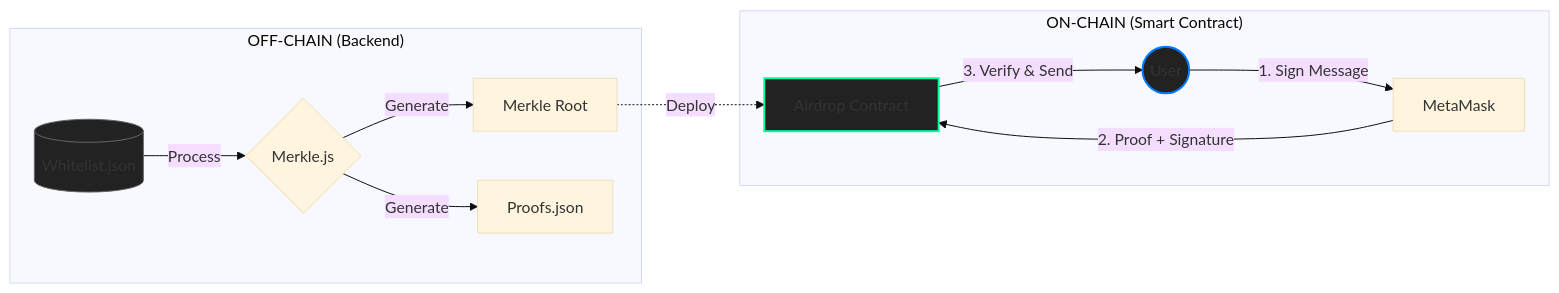
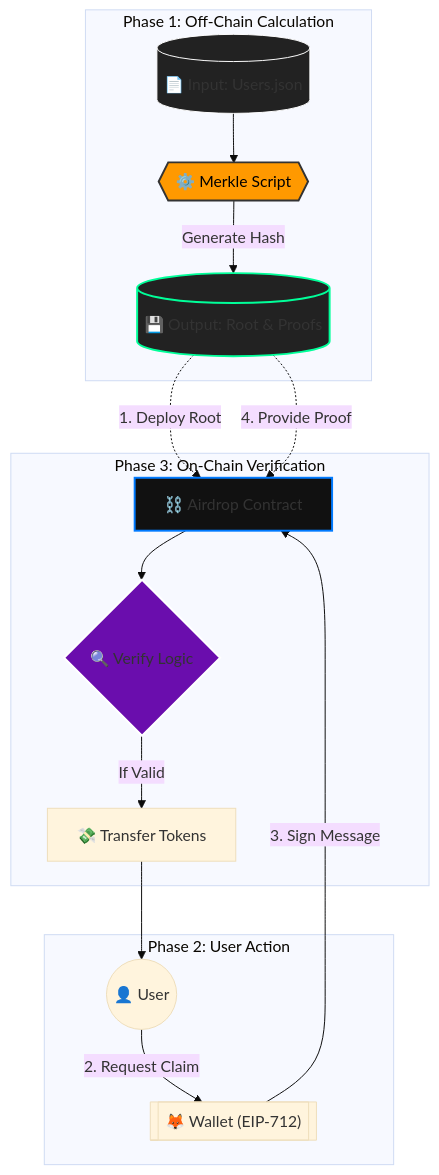
One commit to NexTechArchitect/Siso-Merkle-Airdrop changed the diagram in README.md. Above: the diagram before and after it, drawn with Mermaid (base theme). The commit also changed other lines of this file, not shown here.

````diff
--- a/README.md
+++ b/README.md
@@ -42,20 +44,42 @@
 ```mermaid
-graph LR
-    subgraph "OFF-CHAIN (Backend)"
-    Input[("Whitelist.json")] -->|Process| Script{Merkle.js}
-    Script -->|Generate| Root[Merkle Root]
-    Script -->|Generate| Proofs[Proofs.json]
+graph TD
+    %% Nodes
+    subgraph "Phase 1: Off-Chain Calculation"
+        Input[("📄 Input: Users.json")]
+        Script{{"⚙️ Merkle Script"}}
+        Output[("💾 Output: Root & Proofs")]
     end
 
-    subgraph "ON-CHAIN (Smart Contract)"
-    Root -.->|Deploy| Contract[Airdrop Contract]
-    User((User)) -->|1. Sign Message| Wallet[MetaMask]
-    Wallet -->|2. Proof + Signature| Contract
-    Contract -->|3. Verify & Send| User
+    subgraph "Phase 2: User Action"
+        User((👤 User))
+        MetaMask[["🦊 Wallet (EIP-712)"]]
     end
 
-    style Input fill:#222,stroke:#666,stroke-width:1px
-    style Contract fill:#222,stroke:#00FF99,stroke-width:2px
-    style User fill:#222,stroke:#007AFF,stroke-width:2px
+    subgraph "Phase 3: On-Chain Verification"
+        Contract["⛓️ Airdrop Contract"]
+        Verify{"🔍 Verify Logic"}
+        Transfer["💸 Transfer Tokens"]
+    end
+
+    %% Connections
+    Input --> Script
+    Script -->|Generate Hash| Output
+    Output -.->|1. Deploy Root| Contract
+    
+    User -->|2. Request Claim| MetaMask
+    MetaMask -->|3. Sign Message| Contract
+    Output -.->|4. Provide Proof| Contract
+    
+    Contract --> Verify
+    Verify -->|If Valid| Transfer
+    Transfer --> User
+
+    %% Styling
+    style Input fill:#222,stroke:#fff,stroke-width:1px
+    style Script fill:#ff9900,stroke:#333,stroke-width:2px,color:#000
+    style Output fill:#222,stroke:#00ff99,stroke-width:2px
+    
+    style Contract fill:#111,stroke:#007aff,stroke-width:2px
+    style Verify fill:#6a0dad,stroke:#fff,stroke-width:2px
 
 ```
````
